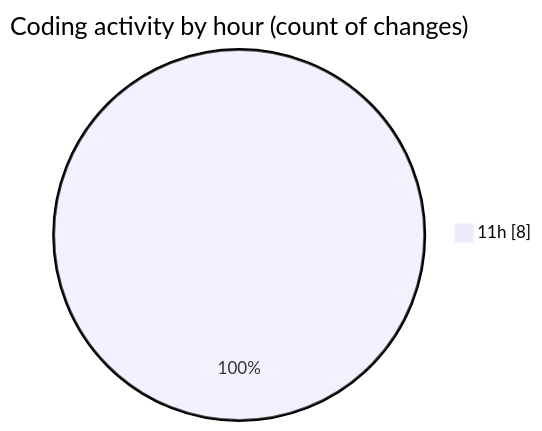
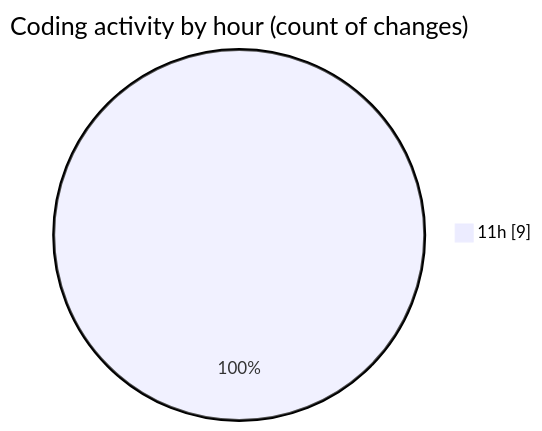
Before and after one commit to EIIisD/code-tracking: the second of 2 diagrams in 2025-08-07/heroui/README.md, drawn with Mermaid. The commit also changed other lines of this file and 1 other file, not shown here.

````diff
--- a/2025-08-07/heroui/README.md
+++ b/2025-08-07/heroui/README.md
@@ -32,5 +32,5 @@
 ```mermaid
 pie showData
 title Coding activity by hour (count of changes)
-"11h" : 8
+"11h" : 9
 ```
````
